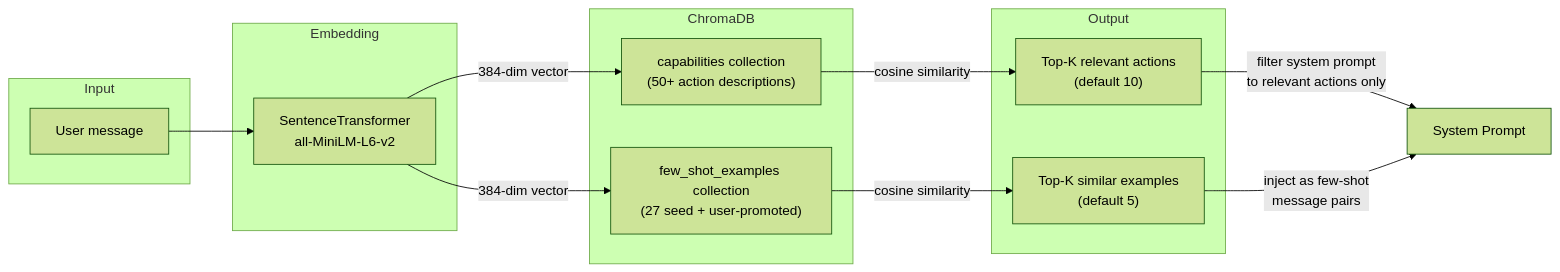
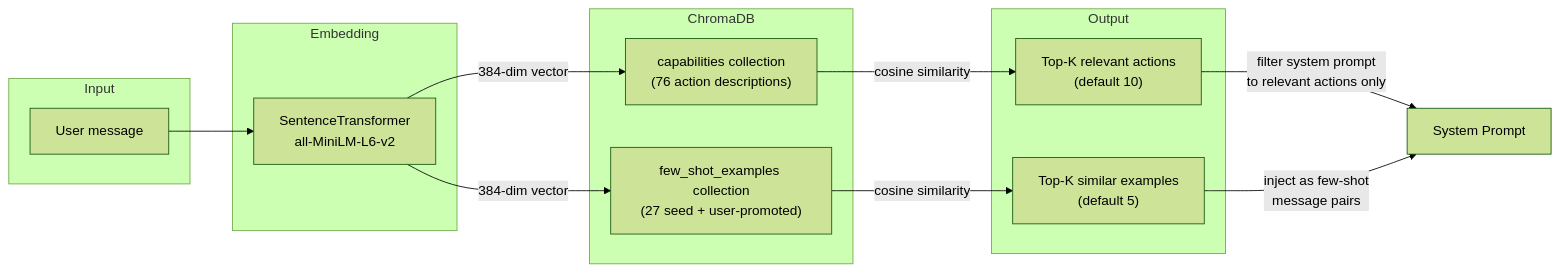
Before and after one commit to gal14g/AI-Assistant-for-Excel: the fifth of 7 diagrams in docs/ARCHITECTURE.md, drawn with Mermaid (forest theme). The commit also changed other lines of this file, not shown here.

Commit message:
Update ARCHITECTURE.md counts from 50+ to 76 actions

````diff
--- a/docs/ARCHITECTURE.md
+++ b/docs/ARCHITECTURE.md
@@ -379,29 +379,29 @@
 ```mermaid
 flowchart LR
     subgraph Input
         MSG["User message"]
     end
 
     subgraph Embedding
         ST["SentenceTransformer\nall-MiniLM-L6-v2"]
     end
 
     subgraph ChromaDB
-        CapColl["capabilities collection\n(50+ action descriptions)"]
+        CapColl["capabilities collection\n(76 action descriptions)"]
         ExColl["few_shot_examples collection\n(27 seed + user-promoted)"]
     end
 
     subgraph Output
         Actions["Top-K relevant actions\n(default 10)"]
         Examples["Top-K similar examples\n(default 5)"]
     end
 
     MSG --> ST
     ST -->|"384-dim vector"| CapColl
     ST -->|"384-dim vector"| ExColl
     CapColl -->|"cosine similarity"| Actions
     ExColl -->|"cosine similarity"| Examples
 
     Actions -->|"filter system prompt\nto relevant actions only"| SysPrompt["System Prompt"]
     Examples -->|"inject as few-shot\nmessage pairs"| SysPrompt
 ```
````
